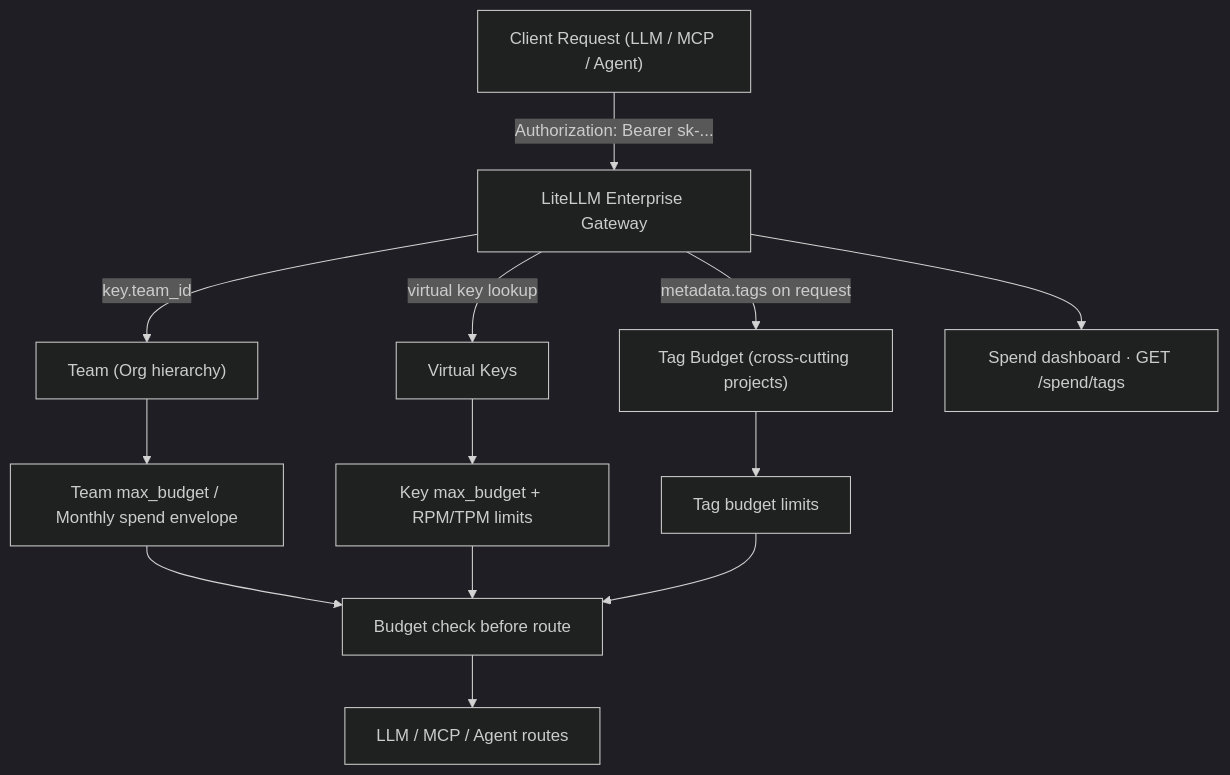
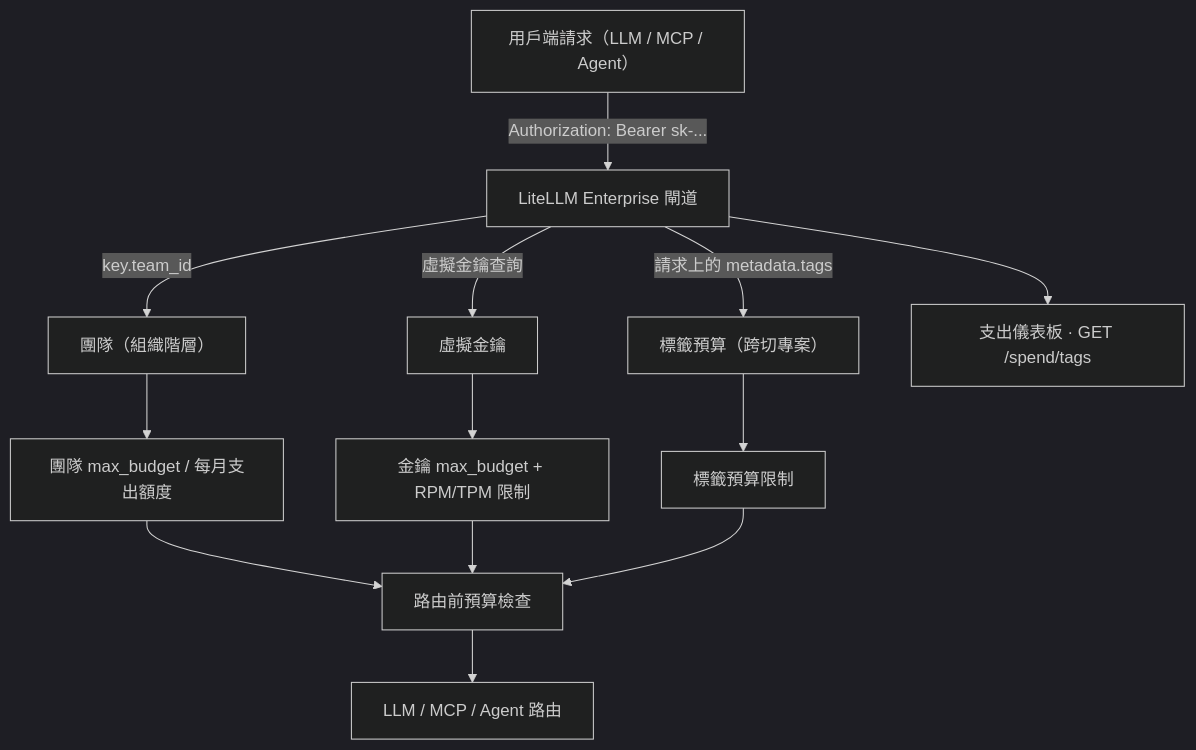
Before and after one commit to doggy8088/litellm-docs: the fourth of 4 diagrams in docs/learn/enterprise_quickstart.md, drawn with Mermaid (dark theme). The commit also changed other lines of this file and 1412 other files, not shown here.

````diff
--- a/docs/learn/enterprise_quickstart.md
+++ b/docs/learn/enterprise_quickstart.md
@@ -487,19 +583,19 @@
 ```mermaid
 flowchart TD
-    REQUEST["Client Request (LLM / MCP / Agent)"]
-    REQUEST -->|"Authorization: Bearer sk-..."| PROXY["LiteLLM Enterprise Gateway"]
+    REQUEST["用戶端請求（LLM / MCP / Agent）"]
+    REQUEST -->|"Authorization: Bearer sk-..."| PROXY["LiteLLM Enterprise 閘道"]
 
-    PROXY -->|"key.team_id"| TEAMS["Team (Org hierarchy)"]
-    PROXY -->|"virtual key lookup"| KEYS["Virtual Keys"]
-    PROXY -->|"metadata.tags on request"| TAGS["Tag Budget (cross-cutting projects)"]
+    PROXY -->|"key.team_id"| TEAMS["團隊（組織階層）"]
+    PROXY -->|"虛擬金鑰查詢"| KEYS["虛擬金鑰"]
+    PROXY -->|"請求上的 metadata.tags"| TAGS["標籤預算（跨切專案）"]
 
-    TEAMS --> TBUDGET["Team max_budget / Monthly spend envelope"]
-    KEYS --> KBUDGET["Key max_budget + RPM/TPM limits"]
-    TAGS --> TABUDGET["Tag budget limits"]
+    TEAMS --> TBUDGET["團隊 max_budget / 每月支出額度"]
+    KEYS --> KBUDGET["金鑰 max_budget + RPM/TPM 限制"]
+    TAGS --> TABUDGET["標籤預算限制"]
 
-    TBUDGET --> ENFORCE["Budget check before route"]
+    TBUDGET --> ENFORCE["路由前預算檢查"]
     KBUDGET --> ENFORCE
     TABUDGET --> ENFORCE
-    ENFORCE --> ROUTES["LLM / MCP / Agent routes"]
-    PROXY --> SPEND["Spend dashboard · GET /spend/tags"]
+    ENFORCE --> ROUTES["LLM / MCP / Agent 路由"]
+    PROXY --> SPEND["支出儀表板 · GET /spend/tags"]
 ```
````
